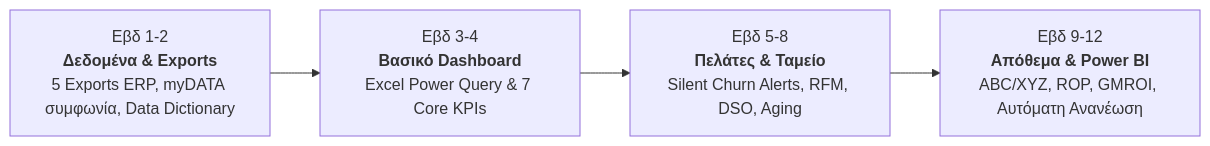
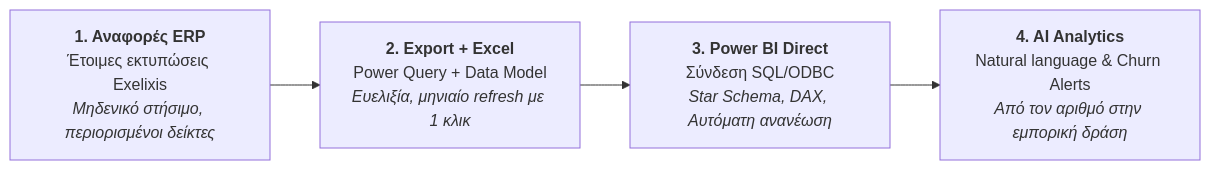
The second of 2 diagrams in README.md (karidasd/erp-kpi-hub), drawn with Mermaid before and after one commit. The commit also changed other lines of this file, not shown here.

Commit message:
docs: enrich README with complete 29 KPIs table, accounting foundations, vendor questions and bibliography

````diff
--- a/README.md
+++ b/README.md
@@ -136,7 +237,7 @@
 ```mermaid
 flowchart LR
-    W1["Εβδ 1-2<br/><b>Δεδομένα & Exports</b><br/>5 Exports ERP, myDATA συμφωνία, Data Dictionary"] --> 
-    W2["Εβδ 3-4<br/><b>Βασικό Dashboard</b><br/>Excel Power Query & 7 Core KPIs"] --> 
-    W3["Εβδ 5-8<br/><b>Πελάτες & Ταμείο</b><br/>Silent Churn Alerts, RFM, DSO, Aging"] --> 
-    W4["Εβδ 9-12<br/><b>Απόθεμα & Power BI</b><br/>ABC/XYZ, ROP, GMROI, Αυτόματη Ανανέωση"]
+    L1["<b>1. Αναφορές ERP</b><br/>Έτοιμες εκτυπώσεις Exelixis<br/><i>Μηδενικό στήσιμο, περιορισμένοι δείκτες</i>"] --> 
+    L2["<b>2. Export + Excel</b><br/>Power Query + Data Model<br/><i>Ευελιξία, μηνιαίο refresh με 1 κλικ</i>"] --> 
+    L3["<b>3. Power BI Direct</b><br/>Σύνδεση SQL/ODBC<br/><i>Star Schema, DAX, Αυτόματη ανανέωση</i>"] --> 
+    L4["<b>4. AI Analytics</b><br/>Natural language & Churn Alerts<br/><i>Από τον αριθμό στην εμπορική δράση</i>"]
 ```
````
